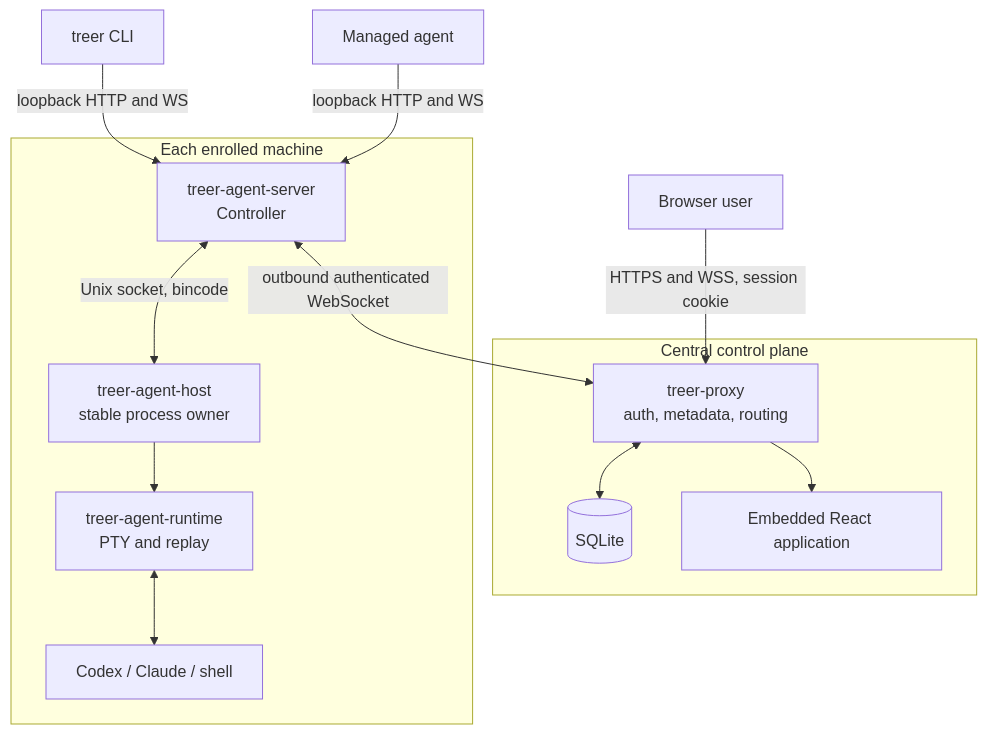
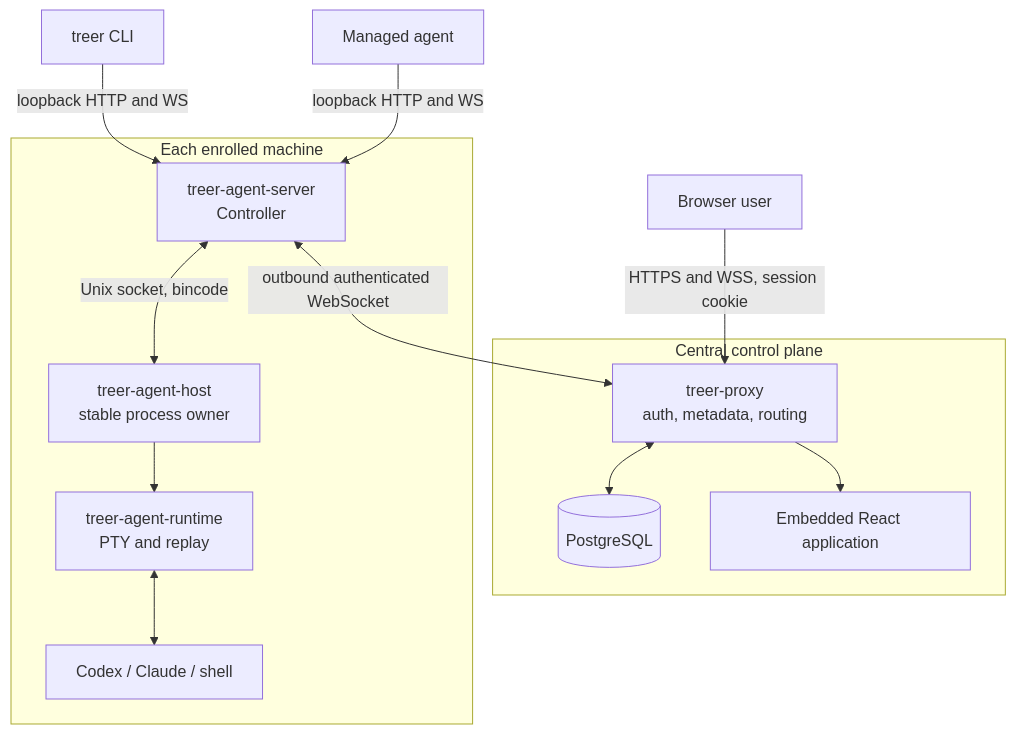
Before and after one commit to EvoEvolver/treer: the first of 2 diagrams in docs/architecture.md, drawn with Mermaid. The commit also changed other lines of this file and 12 other files, not shown here.

````diff
--- a/docs/architecture.md
+++ b/docs/architecture.md
@@ -12,26 +12,26 @@
 ```mermaid
 flowchart TB
     Browser[Browser user] -->|HTTPS and WSS, session cookie| Proxy
     CLI[treer CLI] -->|loopback HTTP and WS| Controller
     Agent[Managed agent] -->|loopback HTTP and WS| Controller
 
     subgraph Central[Central control plane]
         Proxy["treer-proxy<br/>auth, metadata, routing"]
-        DB[(SQLite)]
+        DB[(PostgreSQL)]
         Web[Embedded React application]
         Proxy <--> DB
         Proxy --> Web
     end
 
     subgraph Machine[Each enrolled machine]
         Controller["treer-agent-server<br/>Controller"]
         Host["treer-agent-host<br/>stable process owner"]
         Runtime["treer-agent-runtime<br/>PTY and replay"]
         Processes[Codex / Claude / shell]
         Controller <-->|Unix socket, bincode| Host
         Host --> Runtime
         Runtime <--> Processes
     end
 
     Controller <-->|outbound authenticated WebSocket| Proxy
 ```
````
